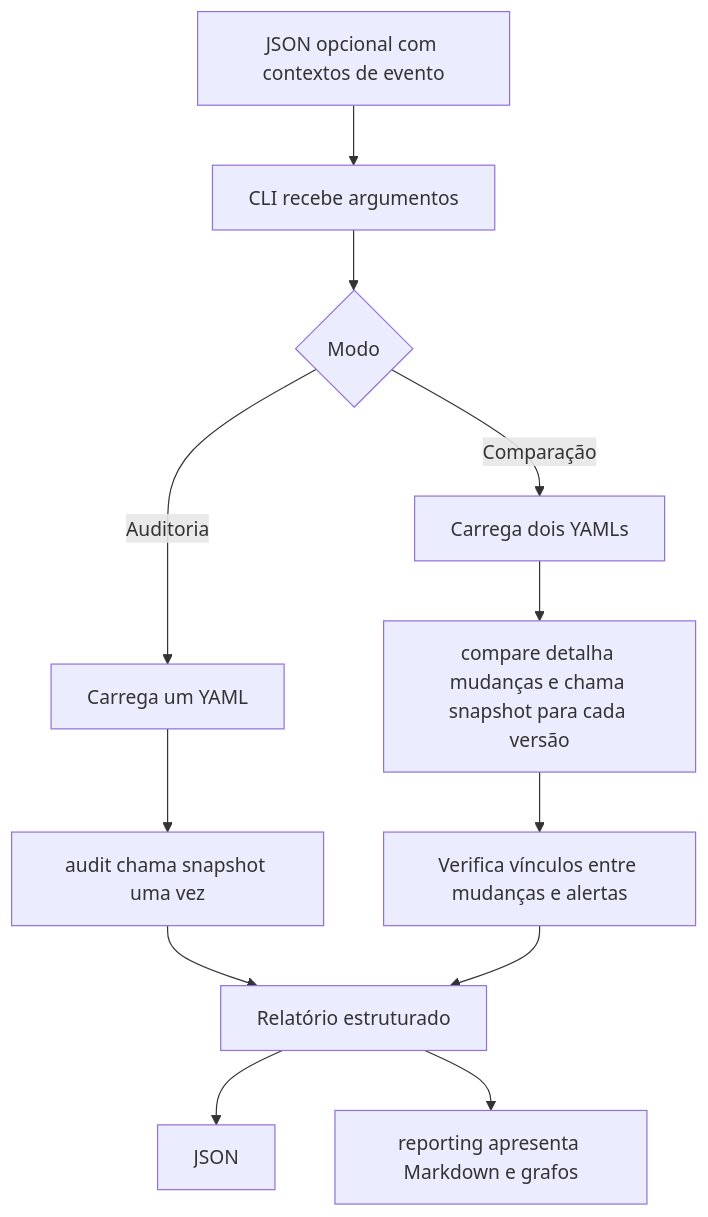
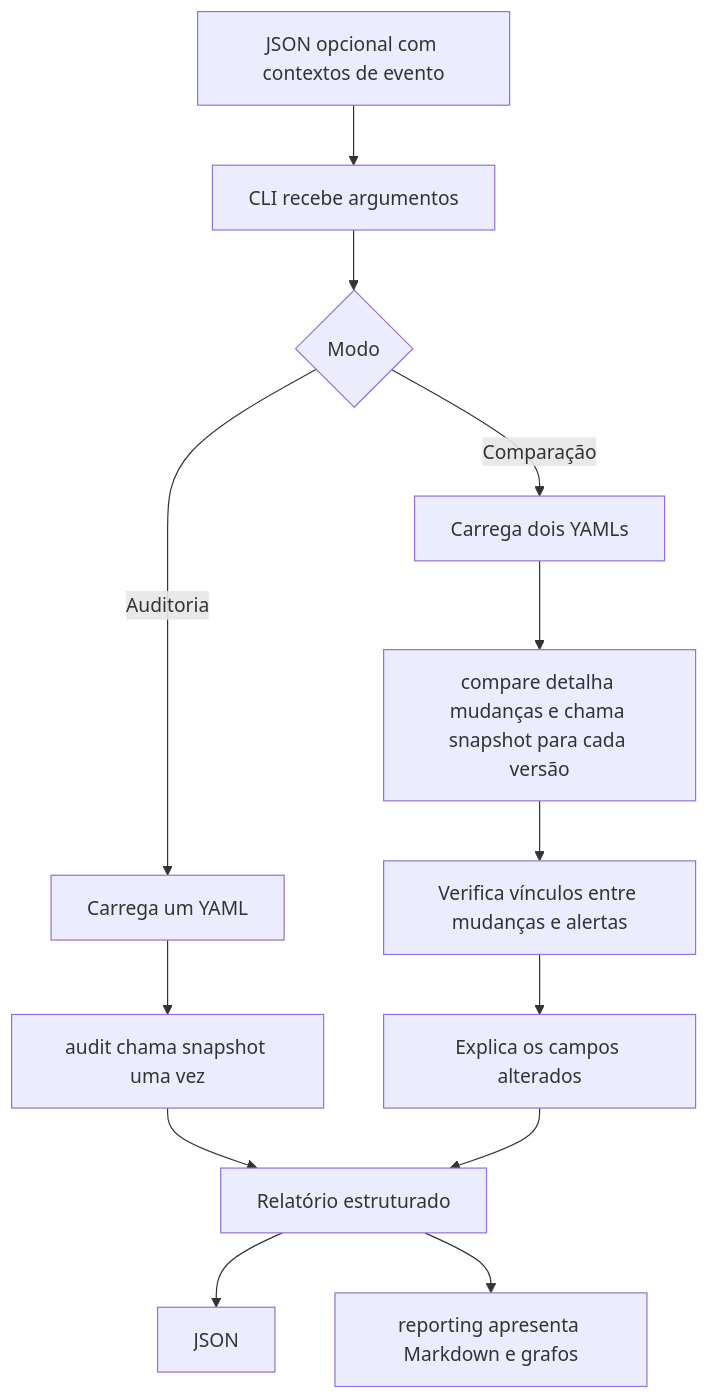
Before and after one commit to ziansouzab/tcc-pipeline-impact: the diagram in docs/ARQUITETURA.md, drawn with Mermaid. The commit also changed other lines of this file and 4 other files, not shown here.

````diff
--- a/docs/ARQUITETURA.md
+++ b/docs/ARQUITETURA.md
@@ -14,14 +14,15 @@
 ```mermaid
 flowchart TD
     A[CLI recebe argumentos] --> B{Modo}
     X[JSON opcional com contextos de evento] --> A
     B -->|Auditoria| C[Carrega um YAML]
     B -->|Comparação| D[Carrega dois YAMLs]
     C --> E[audit chama snapshot uma vez]
     D --> F[compare detalha mudanças e chama snapshot para cada versão]
     E --> G[Relatório estruturado]
     F --> J[Verifica vínculos entre mudanças e alertas]
-    J --> G
+    J --> K[Explica os campos alterados]
+    K --> G
     G --> H[JSON]
     G --> I[reporting apresenta Markdown e grafos]
 ```
````
